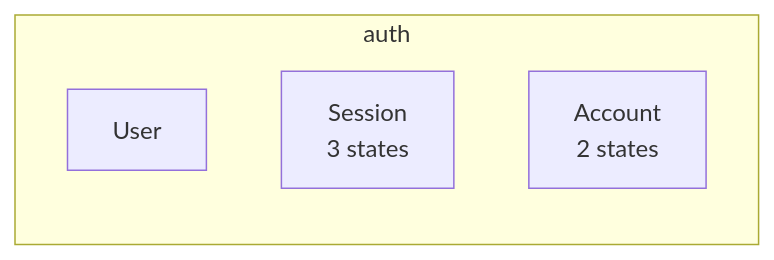
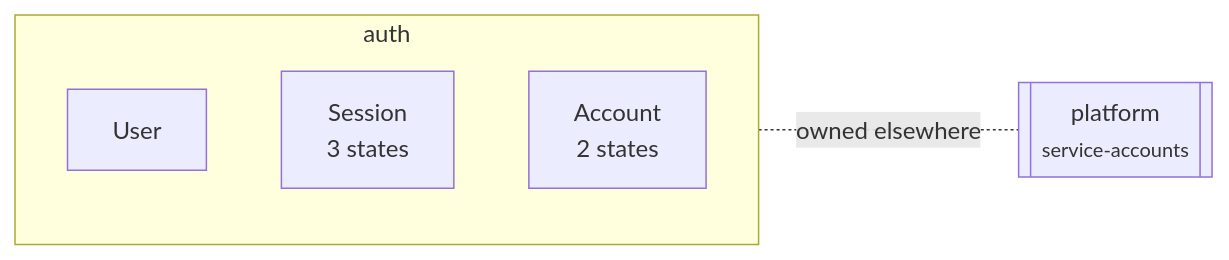
Before and after one commit to AlesKracik/quintessence: the first of 9 diagrams in examples/specs/auth.readback.md, drawn with Mermaid. The commit also changed other lines of this file and 17 other files, not shown here.

````diff
--- a/examples/specs/auth.readback.md
+++ b/examples/specs/auth.readback.md
@@ -29,8 +29,10 @@
 ```mermaid
 flowchart LR
     subgraph AREA["auth"]
         E_User["User"]
         E_Session["Session<br/>3 states"]
         E_Account["Account<br/>2 states"]
     end
+    O_platform[["platform<br/><small>service-accounts</small>"]]
+    AREA -. owned elsewhere .- O_platform
 ```
````
